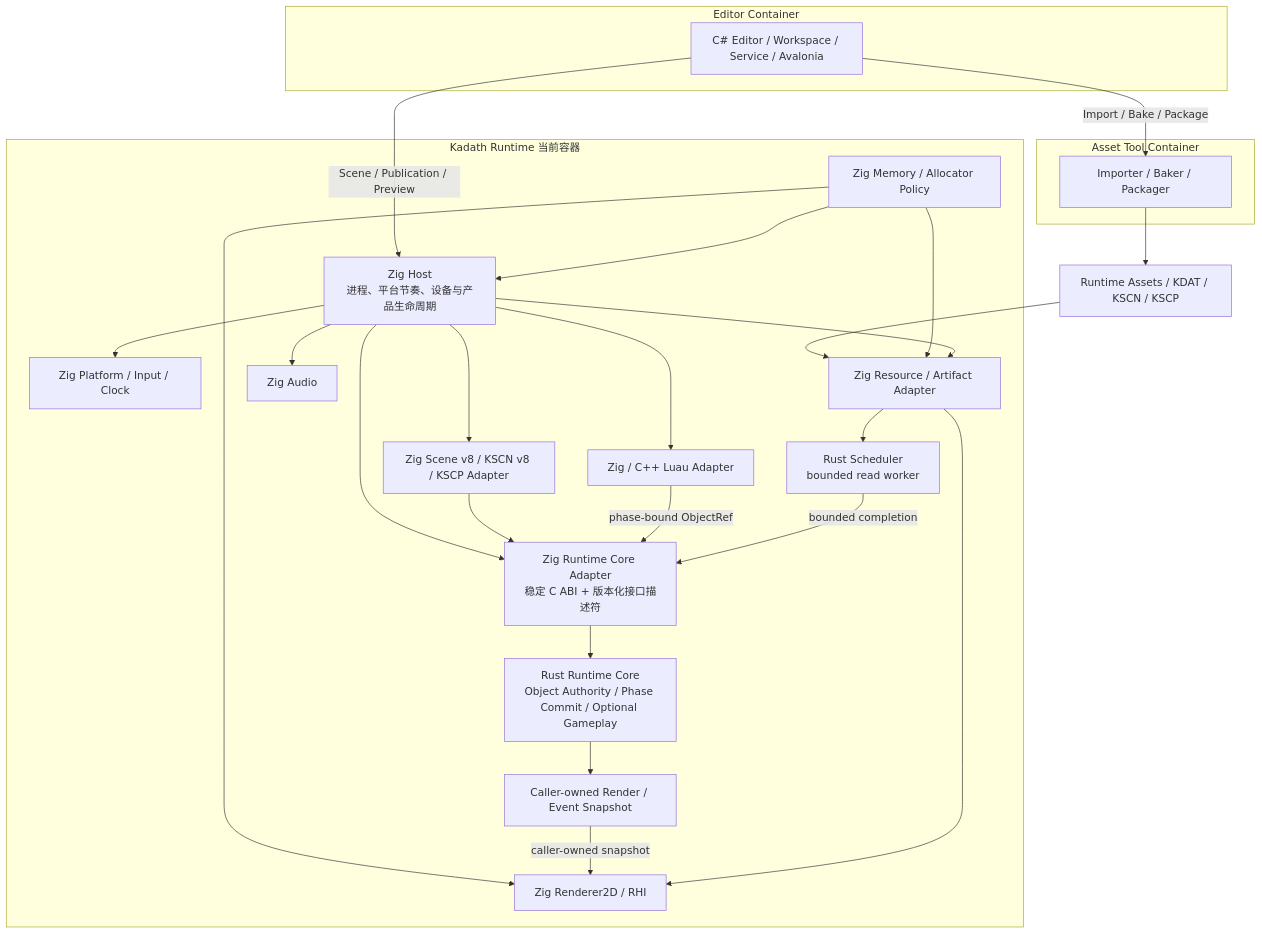
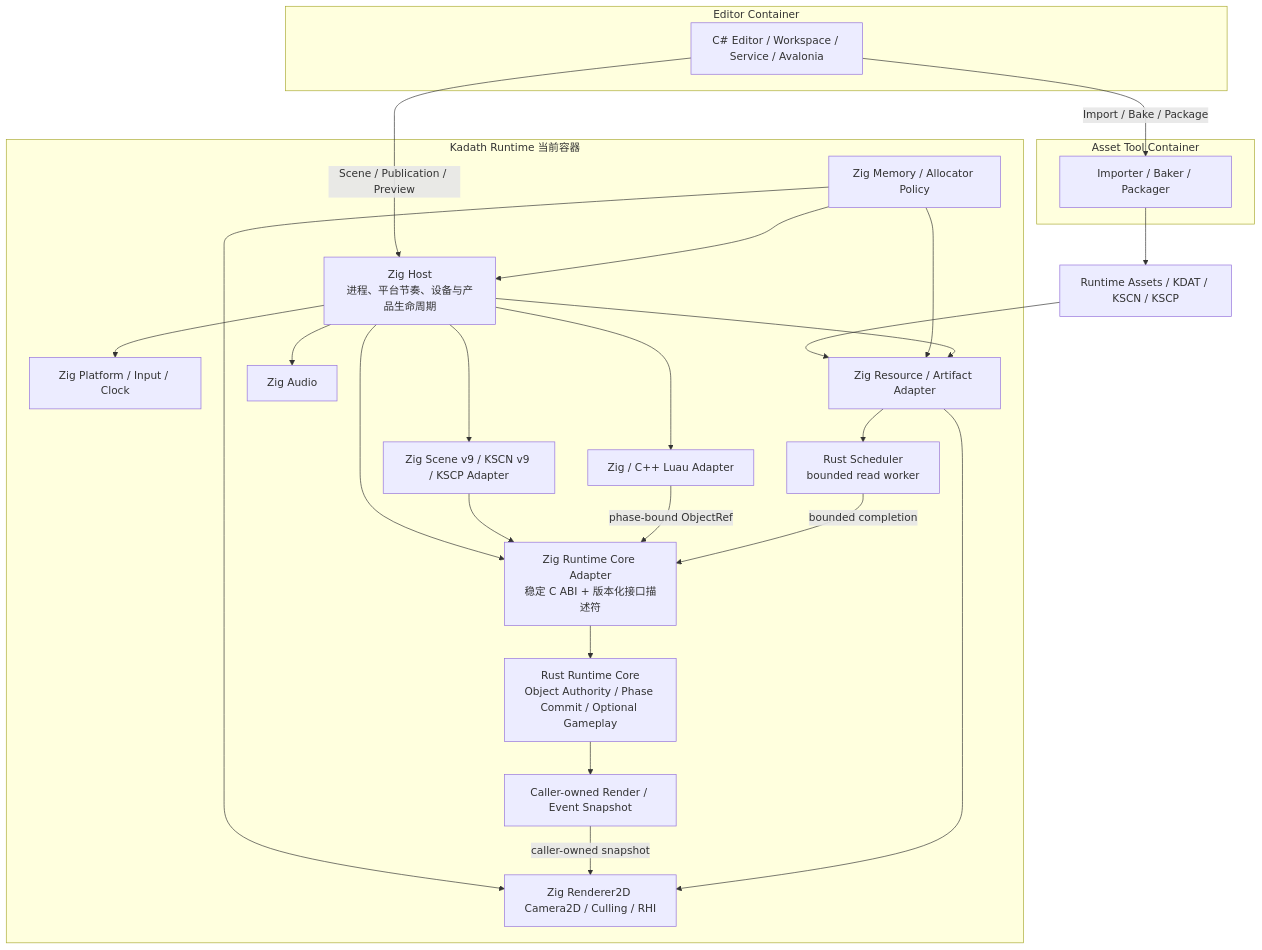
Before and after one commit to alloyzer0/Kadath: the first of 2 diagrams in docs/architecture/c4-runtime-container-and-components.md, drawn with Mermaid. The commit also changed other lines of this file and 4 other files, not shown here.

````diff
--- a/docs/architecture/c4-runtime-container-and-components.md
+++ b/docs/architecture/c4-runtime-container-and-components.md
@@ -34,49 +34,49 @@
 ```mermaid
 graph TD
     subgraph Editor["Editor Container"]
         CSharpEditor["C# Editor / Workspace / Service / Avalonia"]
     end
 
     subgraph AssetTool["Asset Tool Container"]
         ImportBake["Importer / Baker / Packager"]
     end
 
     subgraph Runtime["Kadath Runtime 当前容器"]
         ZigHost["Zig Host<br/>进程、平台节奏、设备与产品生命周期"]
         ZigPlatform["Zig Platform / Input / Clock"]
         ZigMemory["Zig Memory / Allocator Policy"]
         ZigResource["Zig Resource / Artifact Adapter"]
-        ZigScene["Zig Scene v8 / KSCN v8 / KSCP Adapter"]
+        ZigScene["Zig Scene v9 / KSCN v9 / KSCP Adapter"]
         ZigLuauAdapter["Zig / C++ Luau Adapter"]
         ZigCoreAdapter["Zig Runtime Core Adapter<br/>稳定 C ABI + 版本化接口描述符"]
         RustCore["Rust Runtime Core<br/>Object Authority / Phase Commit / Optional Gameplay"]
         Snapshot["Caller-owned Render / Event Snapshot"]
         RustScheduler["Rust Scheduler<br/>bounded read worker"]
-        ZigRenderer["Zig Renderer2D / RHI"]
+        ZigRenderer["Zig Renderer2D Camera2D / Culling / RHI"]
         ZigAudio["Zig Audio"]
     end
 
     RuntimeAssets["Runtime Assets / KDAT / KSCN / KSCP"]
 
     CSharpEditor -->|"Scene / Publication / Preview"| ZigHost
     CSharpEditor -->|"Import / Bake / Package"| ImportBake
     ImportBake --> RuntimeAssets
     RuntimeAssets --> ZigResource
     ZigHost --> ZigPlatform
     ZigMemory --> ZigHost
     ZigMemory --> ZigResource
     ZigMemory --> ZigRenderer
     ZigHost --> ZigResource
     ZigHost --> ZigScene
     ZigHost --> ZigLuauAdapter
     ZigHost --> ZigCoreAdapter
     ZigHost --> ZigAudio
     ZigScene --> ZigCoreAdapter
     ZigLuauAdapter -->|"phase-bound ObjectRef"| ZigCoreAdapter
     ZigCoreAdapter --> RustCore
     RustCore --> Snapshot
     ZigResource --> RustScheduler
     RustScheduler -->|"bounded completion"| ZigCoreAdapter
     Snapshot -->|"caller-owned snapshot"| ZigRenderer
     ZigResource --> ZigRenderer
 ```
````
